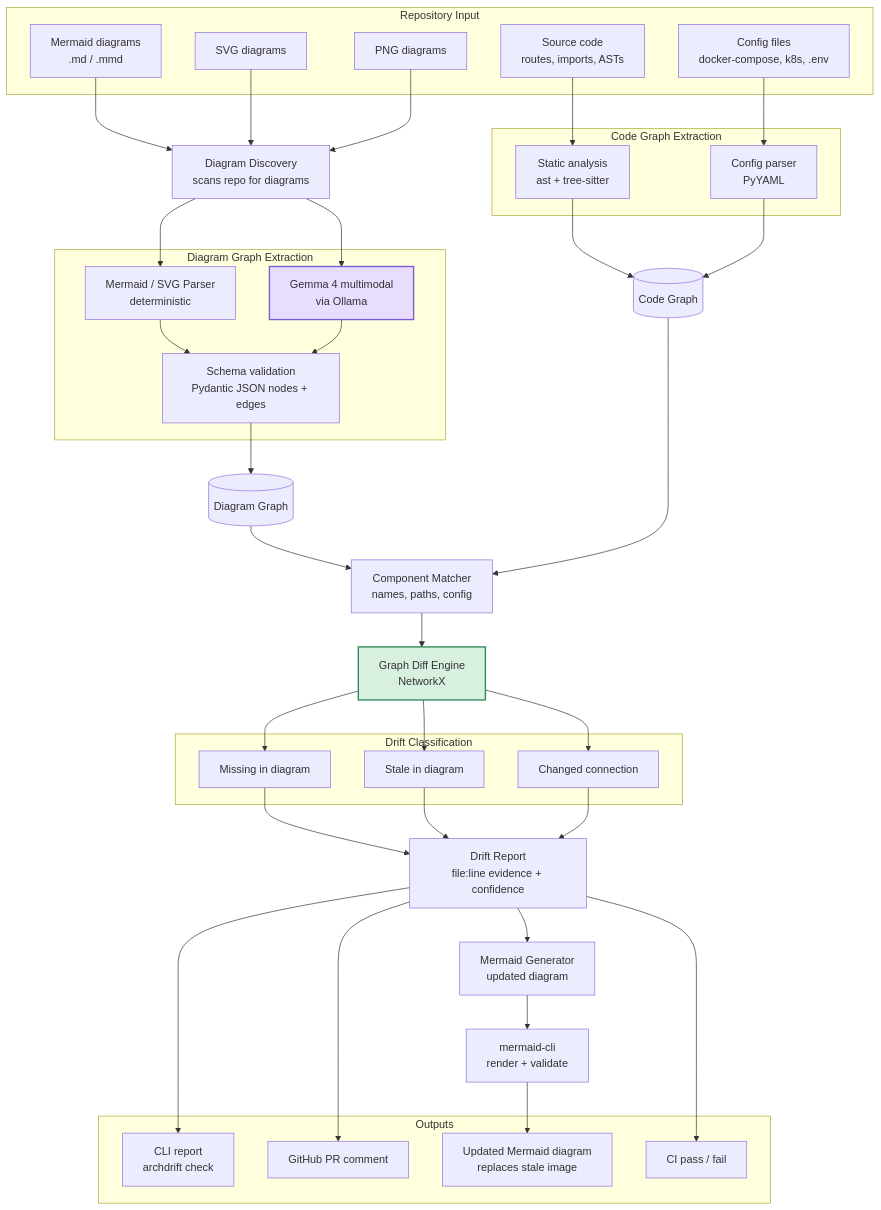
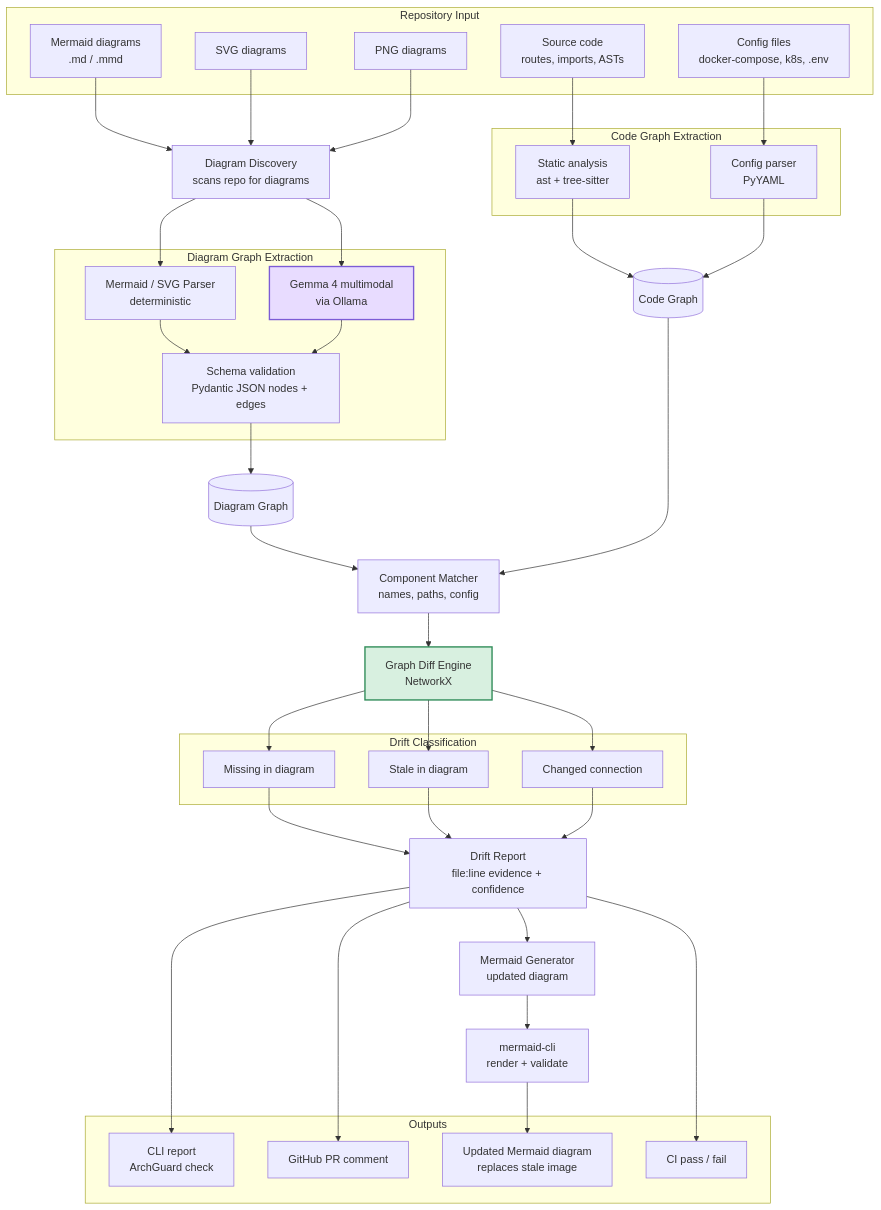
Before and after one commit to Raghu17012009/Quantum_Coders-Hacktober-: the diagram in README.md, drawn with Mermaid. The commit also changed other lines of this file, not shown here.

Commit message:
Rename ArchDrift to ArchGuard in README

````diff
--- a/README.md
+++ b/README.md
@@ -85,80 +85,80 @@
 ```mermaid
 flowchart TD
     subgraph Input["Repository Input"]
         A1[Mermaid diagrams<br/>.md / .mmd]
         A2[SVG diagrams]
         A3[PNG diagrams]
         A4[Source code<br/>routes, imports, ASTs]
         A5[Config files<br/>docker-compose, k8s, .env]
     end
 
     D[Diagram Discovery<br/>scans repo for diagrams]
 
     subgraph Diagram["Diagram Graph Extraction"]
         P1[Mermaid / SVG Parser<br/>deterministic]
         G4[Gemma 4 multimodal<br/>via Ollama]
         S[Schema validation<br/>Pydantic JSON nodes + edges]
     end
 
     subgraph Code["Code Graph Extraction"]
         C1[Static analysis<br/>ast + tree-sitter]
         C2[Config parser<br/>PyYAML]
     end
 
     DG[(Diagram Graph)]
     CG[(Code Graph)]
 
     M[Component Matcher<br/>names, paths, config]
     DIFF[Graph Diff Engine<br/>NetworkX]
 
     subgraph Findings["Drift Classification"]
         F1[Missing in diagram]
         F2[Stale in diagram]
         F3[Changed connection]
     end
 
     R[Drift Report<br/>file:line evidence + confidence]
     GEN[Mermaid Generator<br/>updated diagram]
     V[mermaid-cli<br/>render + validate]
 
     subgraph Output["Outputs"]
-        O1[CLI report<br/>archdrift check]
+        O1[CLI report<br/>ArchGuard check]
         O2[GitHub PR comment]
         O3[Updated Mermaid diagram<br/>replaces stale image]
         O4[CI pass / fail]
     end
 
     A1 --> D
     A2 --> D
     A3 --> D
     D --> P1
     D --> G4
     P1 --> S
     G4 --> S
     S --> DG
 
     A4 --> C1
     A5 --> C2
     C1 --> CG
     C2 --> CG
 
     DG --> M
     CG --> M
     M --> DIFF
     DIFF --> F1
     DIFF --> F2
     DIFF --> F3
     F1 --> R
     F2 --> R
     F3 --> R
     R --> GEN
     GEN --> V
 
     R --> O1
     R --> O2
     R --> O4
     V --> O3
 
     style G4 fill:#e8dcff,stroke:#7c5cd6,stroke-width:2px
     style DIFF fill:#d8f0e0,stroke:#2e8b57,stroke-width:2px
 ```
````
